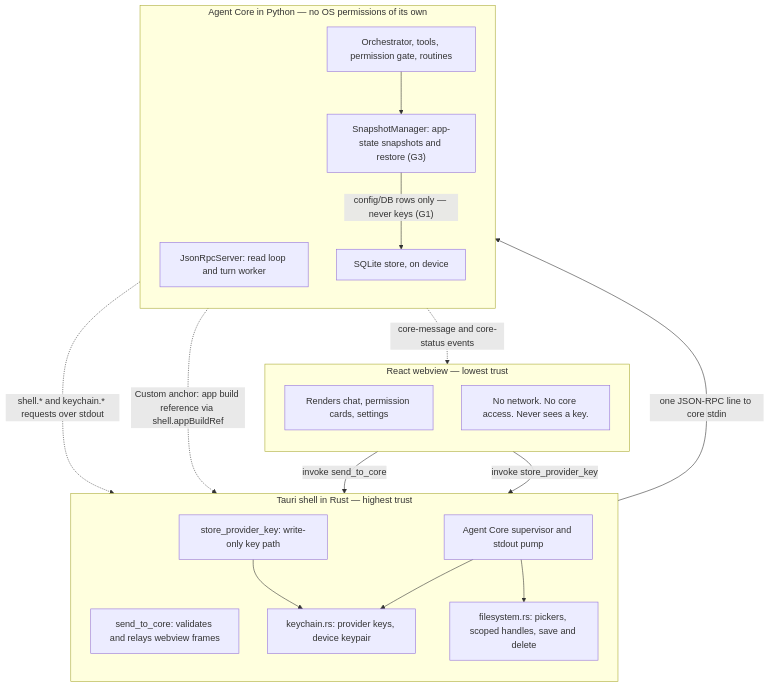
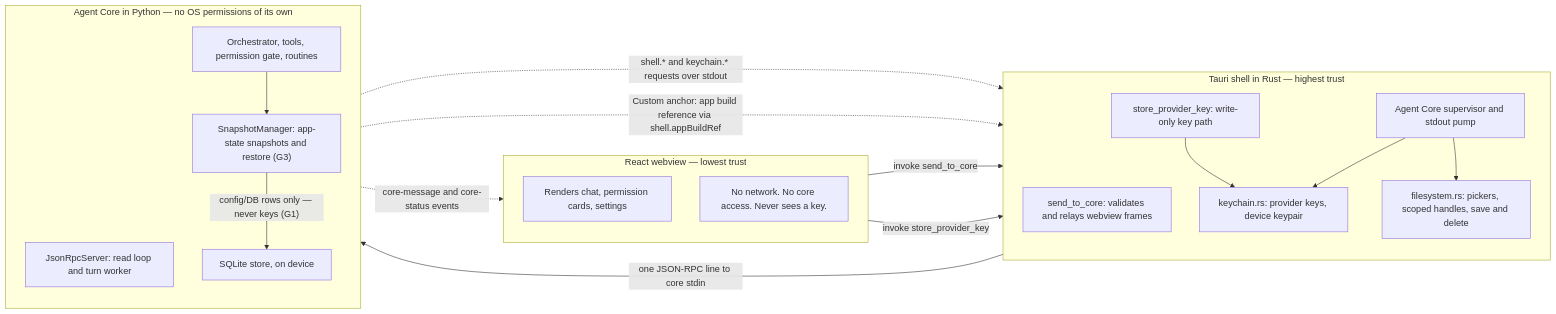
The first of 2 diagrams in docs/architecture.md (N041M/Addison), drawn with Mermaid before and after one commit. The commit also changed other lines of this file and 5 other files, not shown here.

First line of the commit message:
Docs pass: fix broken/overlapping mermaid, retire stale claims, de-brochure the prose

````diff
--- a/docs/architecture.md
+++ b/docs/architecture.md
@@ -19,37 +19,40 @@
 ```mermaid
-flowchart TB
+%% LR, deliberately: the core->shell callback edges make a rank cycle that, in a
+%% TB layout, scrambles the bands and routes edges through the shell subgraph's
+%% title text. Left-to-right, every edge lands in open space.
+flowchart LR
     subgraph webview["React webview — lowest trust"]
         direction TB
         UIrender["Renders chat, permission cards, settings"]
         UInote["No network. No core access. Never sees a key."]
     end
 
     subgraph shell["Tauri shell in Rust — highest trust"]
         direction TB
         SendCmd["send_to_core: validates and relays webview frames"]
         StoreKeyCmd["store_provider_key: write-only key path"]
         Supervisor["Agent Core supervisor and stdout pump"]
         Keychain["keychain.rs: provider keys, device keypair"]
         Filesystem["filesystem.rs: pickers, scoped handles, save and delete"]
     end
 
     subgraph core["Agent Core in Python — no OS permissions of its own"]
         direction TB
         Server["JsonRpcServer: read loop and turn worker"]
         Engine["Orchestrator, tools, permission gate, routines"]
         Snapshots["SnapshotManager: app-state snapshots and restore (G3)"]
         Store["SQLite store, on device"]
     end
 
     UIrender -->|"invoke send_to_core"| SendCmd
     UIrender -->|"invoke store_provider_key"| StoreKeyCmd
     SendCmd -->|"one JSON-RPC line to core stdin"| Server
     Server -.->|"core-message and core-status events"| UIrender
     Engine -.->|"shell.* and keychain.* requests over stdout"| Supervisor
     Engine --> Snapshots
     Snapshots -->|"config/DB rows only — never keys (G1)"| Store
     Snapshots -.->|"Custom anchor: app build reference via shell.appBuildRef"| Supervisor
     Supervisor --> Keychain
     Supervisor --> Filesystem
     StoreKeyCmd --> Keychain
 ```
````
